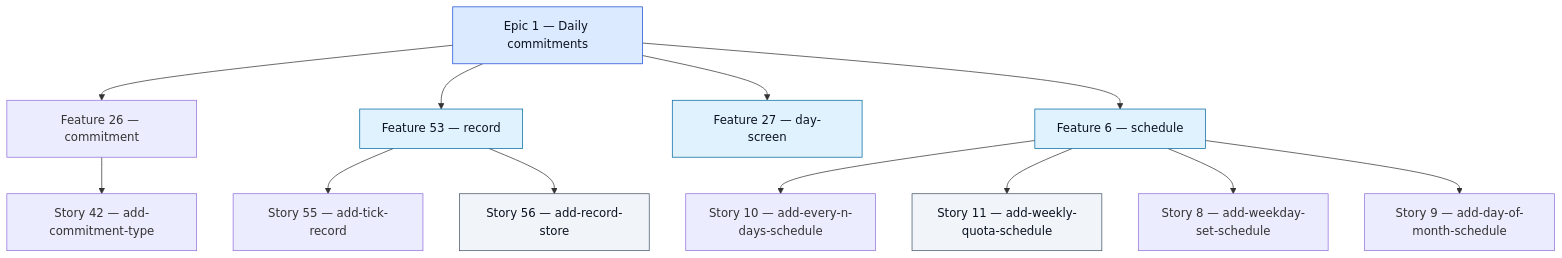
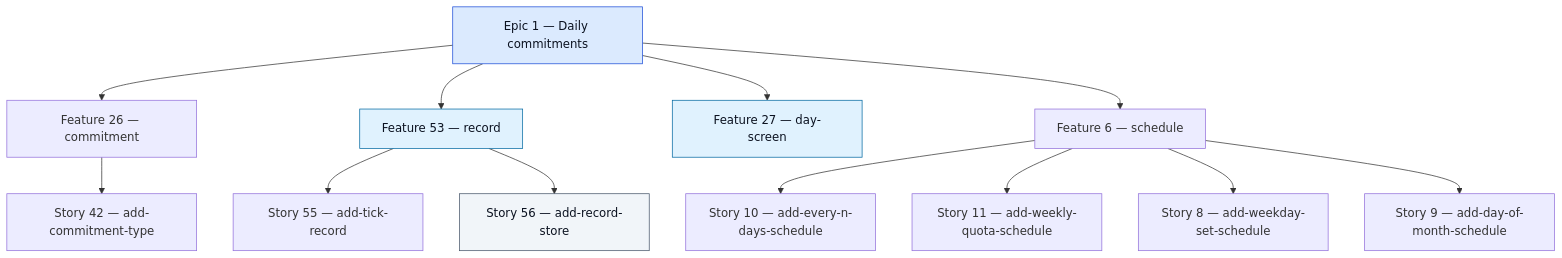
One commit to dbugmann-labs/daybyday changed the diagram in docs/graph.mmd. Above: the diagram before and after it, drawn with Mermaid.

Commit message:
chore: regenerate the issue graph (#63)

```diff
--- a/docs/graph.mmd
+++ b/docs/graph.mmd
@@ -1,51 +1,51 @@
 %% GENERATED FILE — do not edit. Run `pnpm run graph` to refresh.
 %% A read-only projection of the Epic → Feature → Story hierarchy in GitHub Issues.
 %% GitHub owns this state; this file only shows it (docs/adr/0002-systems-of-record.md).
 %% Green border: closed. Amber border: every child is closed, so this one is ready to close.
 %% Dashed red border: typed but no parent — a broken tracker edge.
 
 flowchart TD
   classDef epic fill:#dbeafe,stroke:#1d4ed8,color:#0b1220
   classDef feature fill:#e0f2fe,stroke:#0369a1,color:#0b1220
   classDef story fill:#f1f5f9,stroke:#475569,color:#0b1220
   classDef done stroke:#15803d,stroke-width:2px
   classDef settled stroke:#b45309,stroke-width:2px
   classDef orphan stroke:#b91c1c,stroke-width:3px,stroke-dasharray:4 3
 
   I1["Epic 1 — Daily commitments"]
   I6["Feature 6 — schedule"]
   I8["Story 8 — add-weekday-set-schedule"]
   I9["Story 9 — add-day-of-month-schedule"]
   I10["Story 10 — add-every-n-days-schedule"]
   I11["Story 11 — add-weekly-quota-schedule"]
   I26["Feature 26 — commitment"]
   I27["Feature 27 — day-screen"]
   I42["Story 42 — add-commitment-type"]
   I53["Feature 53 — record"]
   I55["Story 55 — add-tick-record"]
   I56["Story 56 — add-record-store"]
 
   I1 --> I26
   I1 --> I27
   I1 --> I53
   I1 --> I6
   I26 --> I42
   I53 --> I55
   I53 --> I56
   I6 --> I10
   I6 --> I11
   I6 --> I8
   I6 --> I9
 
   class I1 epic
-  class I6 feature
+  class I6 feature,done
   class I8 story,done
   class I9 story,done
   class I10 story,done
-  class I11 story
+  class I11 story,done
   class I26 feature,done
   class I27 feature
   class I42 story,done
   class I53 feature
   class I55 story,done
   class I56 story
```
